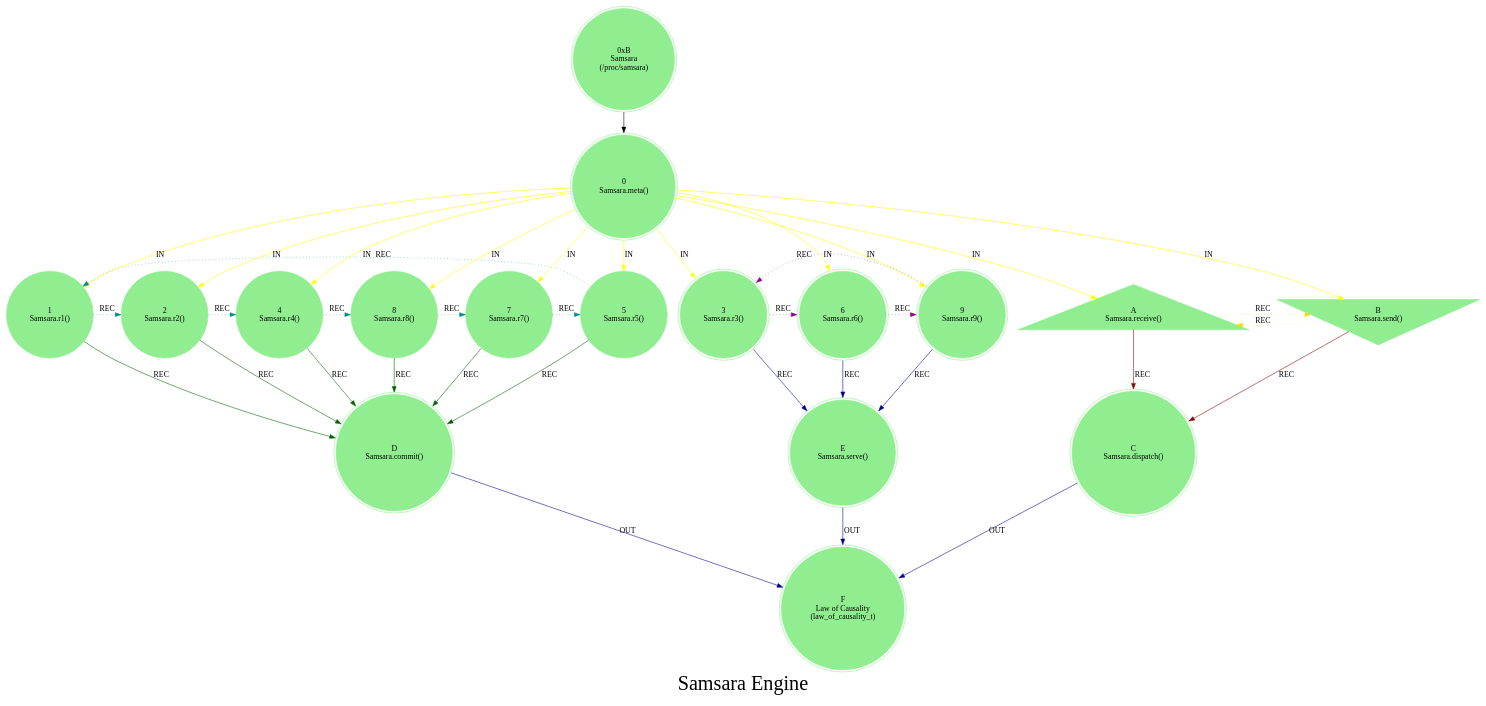
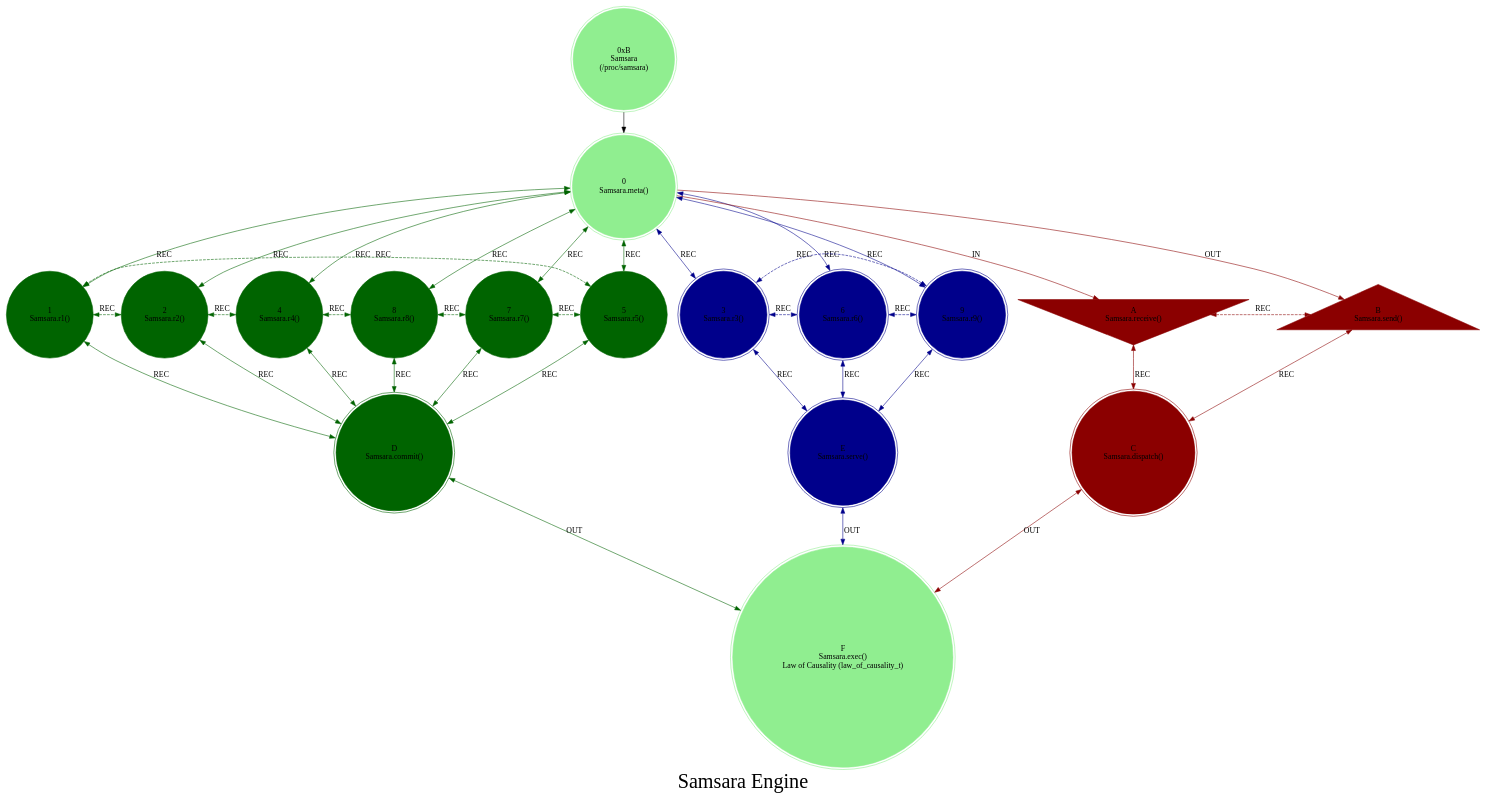
Before and after one commit to cilang/mythos: the diagram in src/core/mythos_proc_samsara.dot, drawn with Graphviz. The commit also changed 23 other files, not shown here.

```diff
--- a/src/core/mythos_proc_samsara.dot
+++ b/src/core/mythos_proc_samsara.dot
@@ -1,45 +1,49 @@
 strict digraph SamsaraEngine {
     label = "Samsara Engine";
     style = filled;
     color = lightgrey;
     fontsize = "36";
     comment = "";
     node [shape = circle; style = filled; color = lightgreen;];
     
     spark_b_mythos_t [label = "0xB\nSamsara\n(/proc/samsara)";shape = doublecircle;];
     
     // r0::meta();r1,r2,r4,r8,r7,r5;r3,r6,r;ra::receive(),rb::send(),rc::dispatch(),rd::commit(),re::serve(),rf::exec()
-    spark_0_samsara_t [label = "0\nSamsara.meta()";shape = doublecircle;comment = "Engine Init";];
-    spark_1_samsara_t [label = "1\nSamsara.r1()";shape = circle;comment = "initSoul() create new Soul";];
-    spark_2_samsara_t [label = "2\nSamsara.r2()";shape = circle;comment = "validateSoul() validate Soul integrity";];
-    spark_4_samsara_t [label = "4\nSamsara.r4()";shape = circle;comment = "normalizeSoul() normalize Soul";];
-    spark_8_samsara_t [label = "8\nSamsara.r8()";shape = circle;comment = "resetSoul() reset Soul";];
-    spark_7_samsara_t [label = "7\nSamsara.r7()";shape = circle;comment = "reincarnateSoul() reincarnate Soul";];
-    spark_5_samsara_t [label = "5\nSamsara.r5()";shape = circle;comment = "refactorSoul() refactor Soul";];
-    spark_3_samsara_t [label = "3\nSamsara.r3()";shape = doublecircle;comment = "causality()";];
-    spark_6_samsara_t [label = "6\nSamsara.r6()";shape = doublecircle;comment = "";];
-    spark_9_samsara_t [label = "9\nSamsara.r9()";shape = doublecircle;comment = "";];
-    spark_a_samsara_t [label = "A\nSamsara.receive()";shape = triangle;comment = "";];
-    spark_b_samsara_t [label = "B\nSamsara.send()";shape = invtriangle;comment = "";];
-    spark_c_samsara_t [label = "C\nSamsara.dispatch()";shape = doublecircle;comment = "";];
-    spark_d_samsara_t [label = "D\nSamsara.commit()";shape = doublecircle;comment = "`/proc/cycle`";];
-    spark_e_samsara_t [label = "E\nSamsara.serve()";shape = doublecircle;comment = "`/proc/samsara`";];
-    spark_f_samsara_t [label = "F\nLaw of Causality\n(law_of_causality_t)";shape = doublecircle;comment = "`/proc/causality`";];
+    spark_0_samsara_t [label = "0\nSamsara.meta()";comment = "Engine Init";shape = doublecircle;];
+    spark_1_samsara_t [label = "1\nSamsara.r1()";comment = "initSoul() create new Soul";shape = circle;color = darkgreen;];
+    spark_2_samsara_t [label = "2\nSamsara.r2()";comment = "validateSoul() validate Soul integrity";shape = circle;color = darkgreen;];
+    spark_4_samsara_t [label = "4\nSamsara.r4()";comment = "normalizeSoul() normalize Soul";shape = circle;color = darkgreen;];
+    spark_8_samsara_t [label = "8\nSamsara.r8()";comment = "resetSoul() reset Soul";shape = circle;color = darkgreen;];
+    spark_7_samsara_t [label = "7\nSamsara.r7()";comment = "reincarnateSoul() reincarnate Soul";shape = circle;color = darkgreen;];
+    spark_5_samsara_t [label = "5\nSamsara.r5()";comment = "refactorSoul() refactor Soul";shape = circle;color = darkgreen;];
+    spark_3_samsara_t [label = "3\nSamsara.r3()";comment = "";shape = doublecircle;color = darkblue;];
+    spark_6_samsara_t [label = "6\nSamsara.r6()";comment = "";shape = doublecircle;color = darkblue;];
+    spark_9_samsara_t [label = "9\nSamsara.r9()";comment = "";shape = doublecircle;color = darkblue;];
+    spark_a_samsara_t [label = "A\nSamsara.receive()";comment = "";color = darkred;shape = invtriangle;];
+    spark_b_samsara_t [label = "B\nSamsara.send()";comment = "";shape = doublecircle;color = darkred;shape = triangle;];
+    spark_c_samsara_t [label = "C\nSamsara.dispatch()";comment = "";shape = doublecircle;color = darkred;];
+    spark_d_samsara_t [label = "D\nSamsara.commit()";comment = "`/proc/cycle`";shape = doublecircle;color = darkgreen;];
+    spark_e_samsara_t [label = "E\nSamsara.serve()";comment = "`/proc/samsara`";shape = doublecircle;color = darkblue;];
+    spark_f_samsara_t [label = "F\nSamsara.exec()\nLaw of Causality (law_of_causality_t)";comment = "`/proc/causality`";shape = doublecircle;];
     
     // IN = Input
     // OUT = Output
     // REC = Recursion
-    spark_0_samsara_t -> {spark_a_samsara_t spark_b_samsara_t spark_1_samsara_t spark_2_samsara_t spark_3_samsara_t spark_4_samsara_t spark_5_samsara_t spark_6_samsara_t spark_7_samsara_t spark_8_samsara_t spark_9_samsara_t} [label = "IN"; color = yellow; comment = "";];
+    spark_0_samsara_t -> spark_a_samsara_t [label = "IN"; color = darkred; comment = "";];
+    spark_0_samsara_t -> spark_b_samsara_t [label = "OUT"; color = darkred; comment = "";];
+    spark_0_samsara_t -> {spark_3_samsara_t spark_6_samsara_t spark_9_samsara_t} [label = "REC"; color = darkblue; comment = ""; dir = both;];
+    spark_0_samsara_t -> {spark_1_samsara_t spark_2_samsara_t spark_4_samsara_t spark_8_samsara_t spark_7_samsara_t spark_5_samsara_t} [label = "REC"; color = darkgreen; comment = ""; dir = both;];
     
-    {spark_a_samsara_t spark_b_samsara_t} -> spark_c_samsara_t [label = "REC"; color = darkred; comment = "";];
-    {spark_1_samsara_t spark_2_samsara_t spark_4_samsara_t spark_8_samsara_t spark_7_samsara_t spark_5_samsara_t} -> spark_d_samsara_t [label = "REC"; color = darkgreen; comment = "";];
-    {spark_3_samsara_t spark_6_samsara_t spark_9_samsara_t} -> spark_e_samsara_t [label = "REC"; color = darkblue; comment = "";];
+    {spark_a_samsara_t spark_b_samsara_t} -> spark_c_samsara_t [label = "REC"; color = darkred; comment = ""; dir = both;];
+    {spark_1_samsara_t spark_2_samsara_t spark_4_samsara_t spark_8_samsara_t spark_7_samsara_t spark_5_samsara_t} -> spark_d_samsara_t [label = "REC"; color = darkgreen; comment = ""; dir = both;];
+    {spark_3_samsara_t spark_6_samsara_t spark_9_samsara_t} -> spark_e_samsara_t [label = "REC"; color = darkblue; comment = ""; dir = both;];
     
-    spark_1_samsara_t -> spark_2_samsara_t -> spark_4_samsara_t -> spark_8_samsara_t -> spark_7_samsara_t -> spark_5_samsara_t -> spark_1_samsara_t [label = "REC"; color = darkcyan; comment = ""; style = dotted; constraint = false;];
-    spark_3_samsara_t -> spark_6_samsara_t -> spark_9_samsara_t -> spark_3_samsara_t [label = "REC"; color = darkmagenta; comment = ""; style = dotted; constraint = false;];
-    spark_a_samsara_t -> spark_b_samsara_t -> spark_a_samsara_t [label = "REC"; color = gold; comment = ""; style = dotted; constraint = false;];
+    spark_1_samsara_t -> spark_2_samsara_t -> spark_4_samsara_t -> spark_8_samsara_t -> spark_7_samsara_t -> spark_5_samsara_t -> spark_1_samsara_t [label = "REC"; color = darkgreen; comment = ""; style = dashed; constraint = false; dir = both;];
+    spark_3_samsara_t -> spark_6_samsara_t -> spark_9_samsara_t -> spark_3_samsara_t [label = "REC"; color = darkblue; comment = ""; style = dashed; constraint = false; dir = both;];
+    spark_a_samsara_t -> spark_b_samsara_t [label = "REC"; color = darkred; comment = ""; constraint = false; style = dashed; dir = both;];
     
-    {spark_c_samsara_t spark_d_samsara_t spark_e_samsara_t} -> spark_f_samsara_t [label = "OUT"; color = darkblue; comment = "";];
-    
+    spark_c_samsara_t -> spark_f_samsara_t [label = "OUT"; color = darkred; comment = ""; dir = both;];
+    spark_d_samsara_t -> spark_f_samsara_t [label = "OUT"; color = darkgreen; comment = ""; dir = both;];
+    spark_e_samsara_t -> spark_f_samsara_t [label = "OUT"; color = darkblue; comment = ""; dir = both;];
     spark_b_mythos_t -> spark_0_samsara_t;
 }
```
